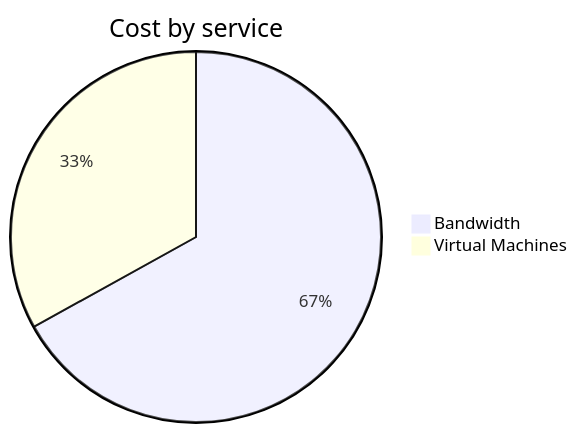
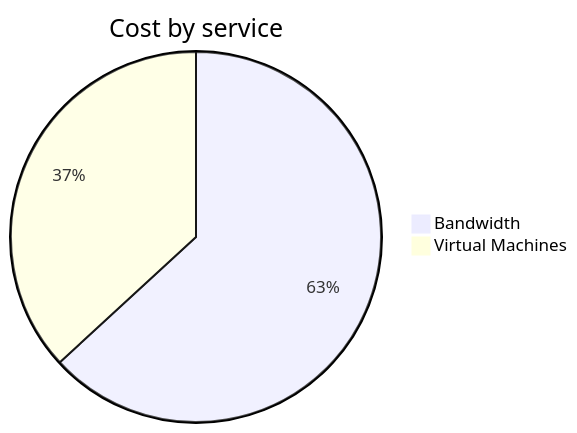
The second of 4 diagrams in cost-reports/personal-network/vpn-server.md (jpfulton/azure-personal-reports), drawn with Mermaid before and after one commit. The commit also changed other lines of this file and 8 other files, not shown here.

````diff
--- a/cost-reports/personal-network/vpn-server.md
+++ b/cost-reports/personal-network/vpn-server.md
@@ -96,6 +96,6 @@
 ```mermaid
 pie
    title Cost by service
    "Bandwidth" : 4.68
-   "Virtual Machines" : 2.31
+   "Virtual Machines" : 2.73
 ```
````
